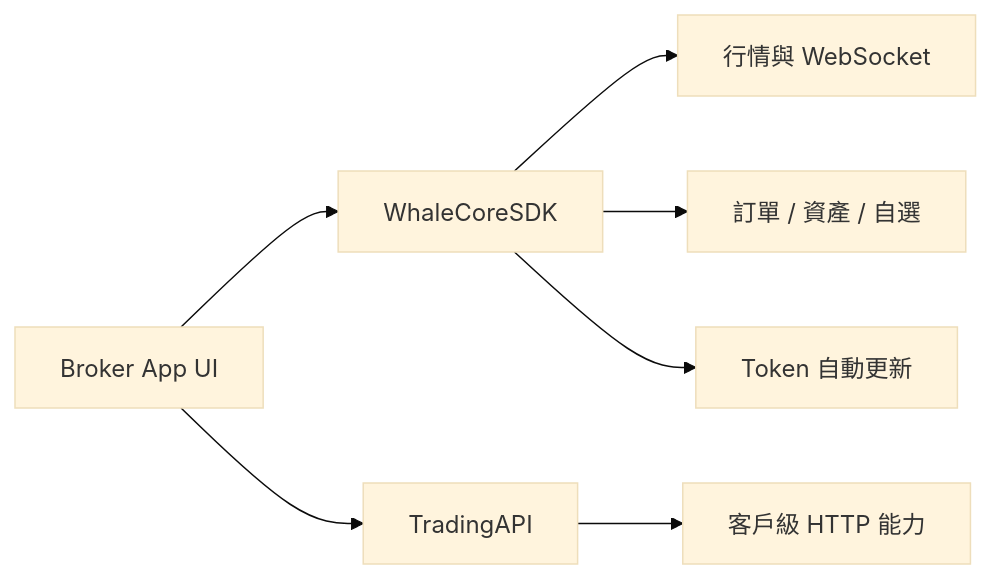
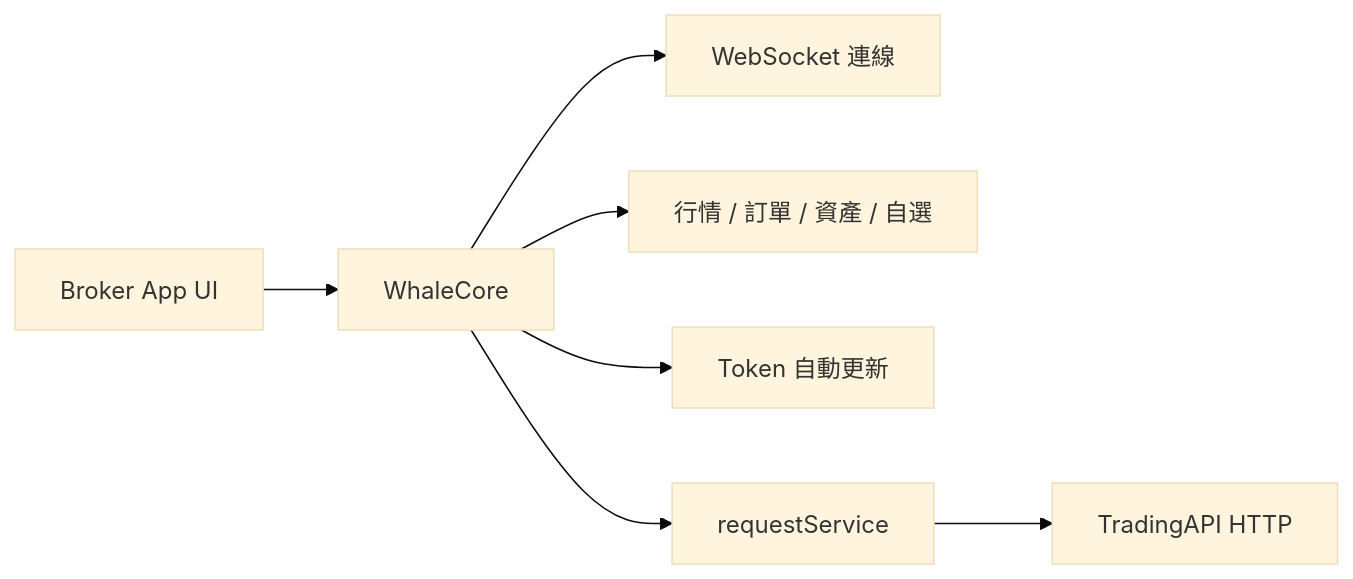
One commit to longbridge/whale-docs changed the diagram in docs/zh-HK/whalesdk/whalecore/overview.mdx. Above: the diagram before and after it, drawn with Mermaid (base theme). The commit also changed other lines of this file and 58 other files, not shown here.

First line of the commit message:
docs: clarify TradingAPI runs through WhaleCore, rename WhaleCoreSDK to WhaleCore, and sync SDK/TradingAPI updates (#70)

````diff
--- a/docs/zh-HK/whalesdk/whalecore/overview.mdx
+++ b/docs/zh-HK/whalesdk/whalecore/overview.mdx
@@ -36,9 +37,9 @@
 ```mermaid
 flowchart LR
-    A[Broker App UI] --> B[WhaleCoreSDK]
-    B --> C[行情與 WebSocket]
-    B --> D[訂單 / 資產 / 自選]
+    A[Broker App UI] --> B[WhaleCore]
+    B --> C[WebSocket 連線]
+    B --> D[行情 / 訂單 / 資產 / 自選]
     B --> E[Token 自動更新]
-    A --> F[TradingAPI]
-    F --> G[客戶級 HTTP 能力]
+    B --> F[requestService]
+    F --> G[TradingAPI HTTP]
 ```
````
